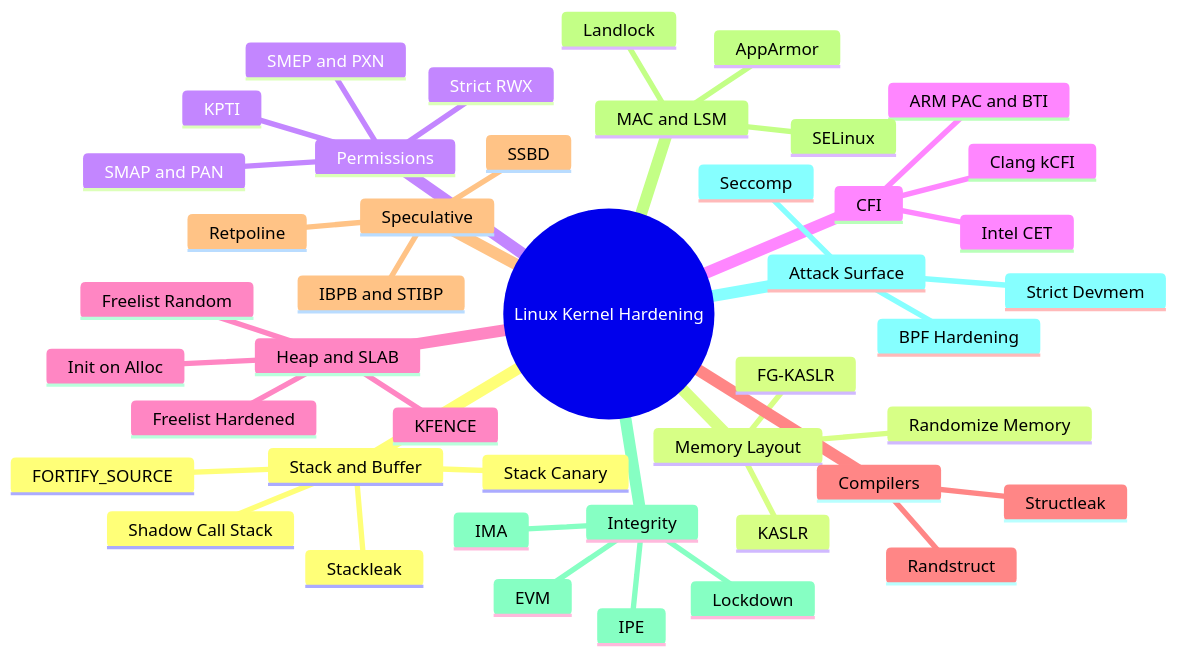
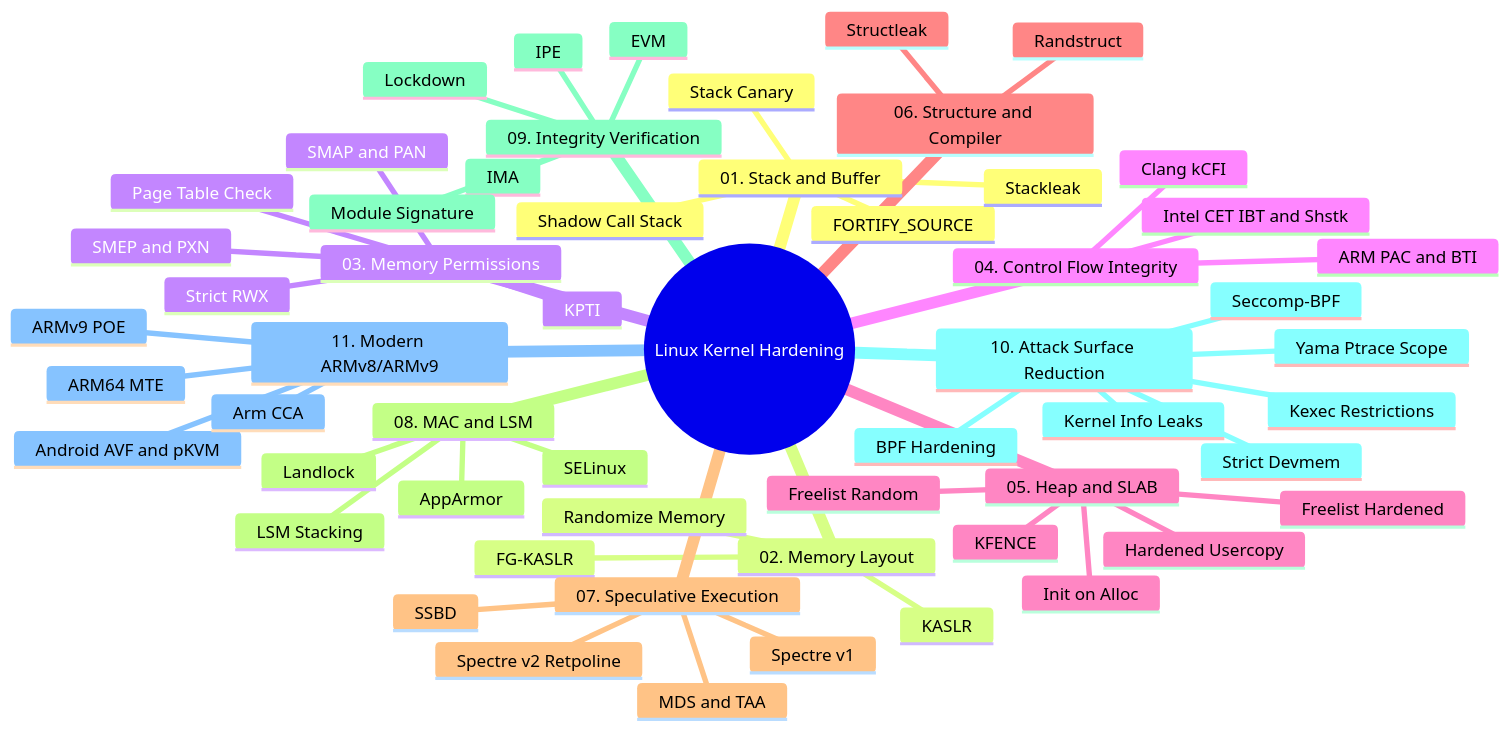
Before and after one commit to auking45/linux-kernel-hardening-lab: the diagram in docs/en/features/index.md, drawn with Mermaid. The commit also changed other lines of this file and 1 other file, not shown here.

Commit message:
docs(features): update taxonomy roadmap catalog with all 44 features across 11 categories

````diff
--- a/docs/en/features/index.md
+++ b/docs/en/features/index.md
@@ -9,47 +9,60 @@
 ```mermaid
 mindmap
   root((Linux Kernel Hardening))
-    Stack and Buffer
+    01. Stack and Buffer
       Stack Canary
       FORTIFY_SOURCE
       Shadow Call Stack
       Stackleak
-    Memory Layout
+    02. Memory Layout
       KASLR
       FG-KASLR
       Randomize Memory
-    Permissions
+    03. Memory Permissions
       Strict RWX
       SMEP and PXN
       SMAP and PAN
+      Page Table Check
       KPTI
-    CFI
+    04. Control Flow Integrity
       Clang kCFI
-      Intel CET
+      Intel CET IBT and Shstk
       ARM PAC and BTI
-    Heap and SLAB
+    05. Heap and SLAB
       Freelist Random
       Freelist Hardened
       Init on Alloc
+      Hardened Usercopy
       KFENCE
-    Compilers
+    06. Structure and Compiler
       Structleak
       Randstruct
-    Speculative
-      Retpoline
-      IBPB and STIBP
+    07. Speculative Execution
+      Spectre v1
+      Spectre v2 Retpoline
       SSBD
-    MAC and LSM
+      MDS and TAA
+    08. MAC and LSM
+      LSM Stacking
       AppArmor
       SELinux
       Landlock
-    Integrity
+    09. Integrity Verification
       IMA
       EVM
       IPE
       Lockdown
-    Attack Surface
-      Seccomp
+      Module Signature
+    10. Attack Surface Reduction
+      Seccomp-BPF
       BPF Hardening
       Strict Devmem
+      Kernel Info Leaks
+      Yama Ptrace Scope
+      Kexec Restrictions
+    11. Modern ARMv8/ARMv9
+      ARM64 MTE
+      ARMv9 POE
+      Android AVF and pKVM
+      Arm CCA
 ```
````
